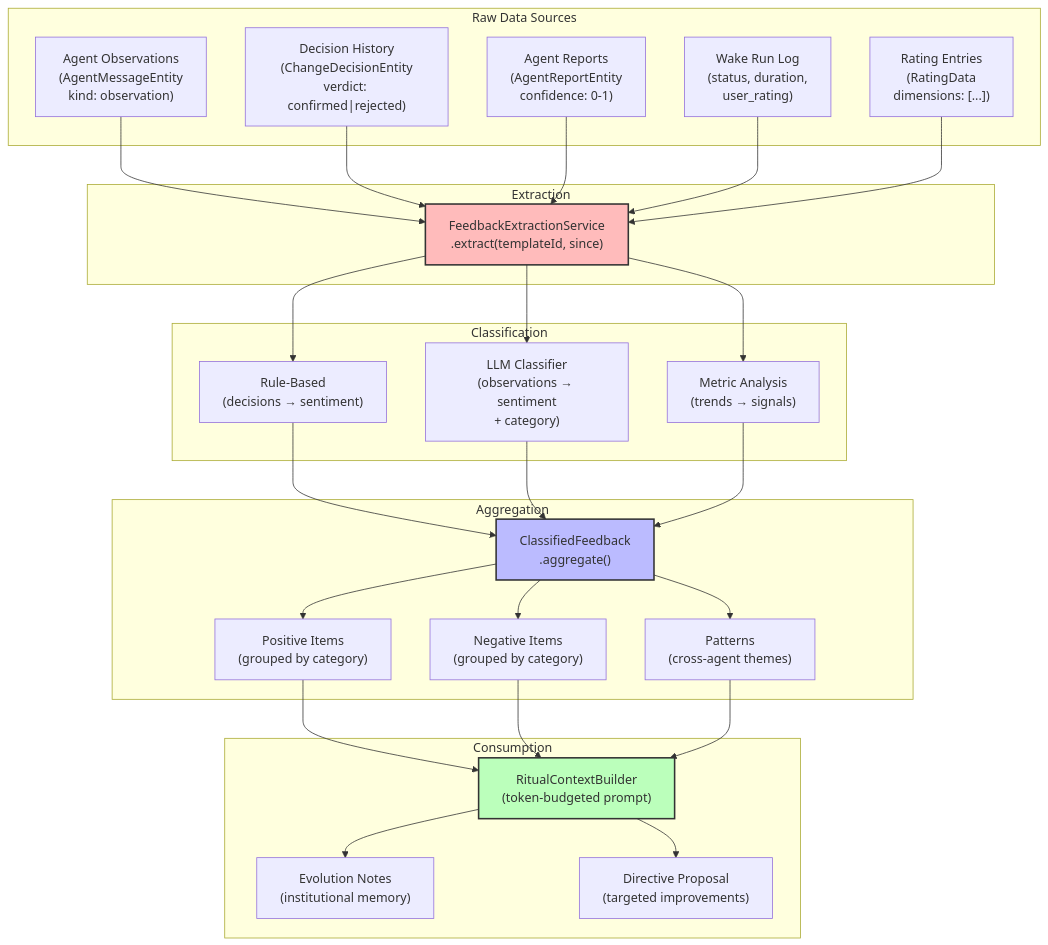
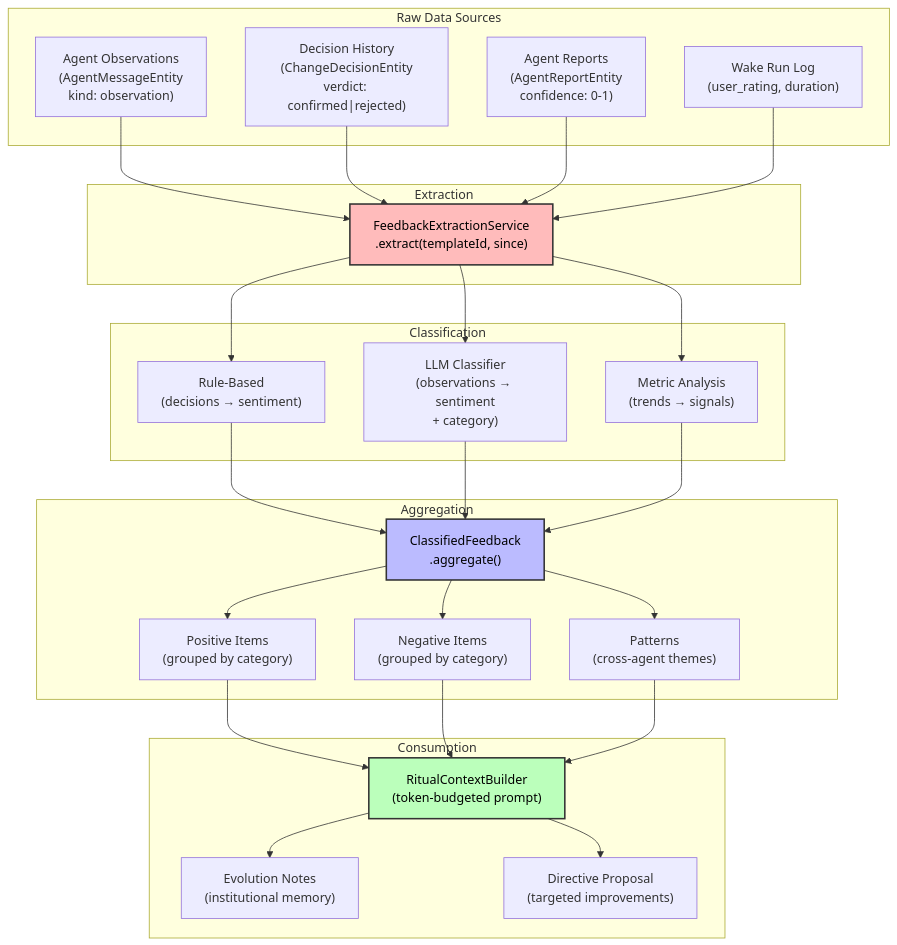
One commit to matthiasn/lotti changed diagram 15 of 16 in docs/implementation_plans/2026-03-01_weekly_one_on_one_self_learning_cycle.md. Above: the diagram before and after it, drawn with Mermaid. The commit also changed other lines of this file and 2 other files, not shown here.

````diff
--- a/docs/implementation_plans/2026-03-01_weekly_one_on_one_self_learning_cycle.md
+++ b/docs/implementation_plans/2026-03-01_weekly_one_on_one_self_learning_cycle.md
@@ -1252,62 +1265,60 @@
 ```mermaid
 flowchart TD
     subgraph "Raw Data Sources"
         OBS["Agent Observations\n(AgentMessageEntity\nkind: observation)"]
         DEC["Decision History\n(ChangeDecisionEntity\nverdict: confirmed|rejected)"]
         REP["Agent Reports\n(AgentReportEntity\nconfidence: 0-1)"]
-        WRL["Wake Run Log\n(status, duration,\nuser_rating)"]
-        RAT["Rating Entries\n(RatingData\ndimensions: [...])"]
+        WRL["Wake Run Log\n(user_rating, duration)"]
     end
 
     subgraph "Extraction"
         EXT["FeedbackExtractionService\n.extract(templateId, since)"]
     end
 
     subgraph "Classification"
         RULE["Rule-Based\n(decisions → sentiment)"]
         LLM_C["LLM Classifier\n(observations → sentiment\n+ category)"]
         METRIC["Metric Analysis\n(trends → signals)"]
     end
 
     subgraph "Aggregation"
         AGG["ClassifiedFeedback\n.aggregate()"]
         POS["Positive Items\n(grouped by category)"]
         NEG["Negative Items\n(grouped by category)"]
         PAT["Patterns\n(cross-agent themes)"]
     end
 
     subgraph "Consumption"
         CTX["RitualContextBuilder\n(token-budgeted prompt)"]
         NOTES["Evolution Notes\n(institutional memory)"]
         PROP["Directive Proposal\n(targeted improvements)"]
     end
 
     OBS --> EXT
     DEC --> EXT
     REP --> EXT
     WRL --> EXT
-    RAT --> EXT
 
     EXT --> RULE
     EXT --> LLM_C
     EXT --> METRIC
 
     RULE --> AGG
     LLM_C --> AGG
     METRIC --> AGG
 
     AGG --> POS
     AGG --> NEG
     AGG --> PAT
 
     POS --> CTX
     NEG --> CTX
     PAT --> CTX
 
     CTX --> NOTES
     CTX --> PROP
 
-    style EXT fill:#fbb,stroke:#333,stroke-width:2px
-    style AGG fill:#bbf,stroke:#333,stroke-width:2px
-    style CTX fill:#bfb,stroke:#333,stroke-width:2px
+    style EXT fill:#fbb,stroke:#333,stroke-width:2px,color:#000
+    style AGG fill:#bbf,stroke:#333,stroke-width:2px,color:#000
+    style CTX fill:#bfb,stroke:#333,stroke-width:2px,color:#000
 ```
````
